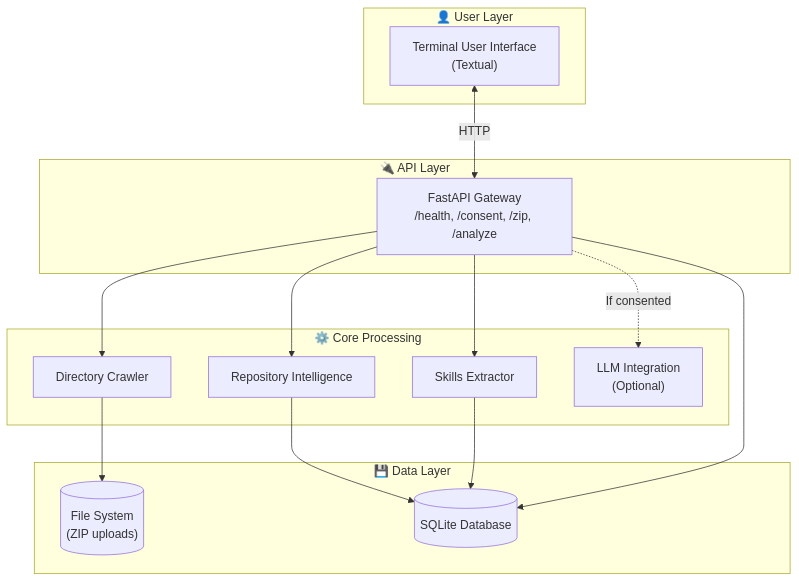
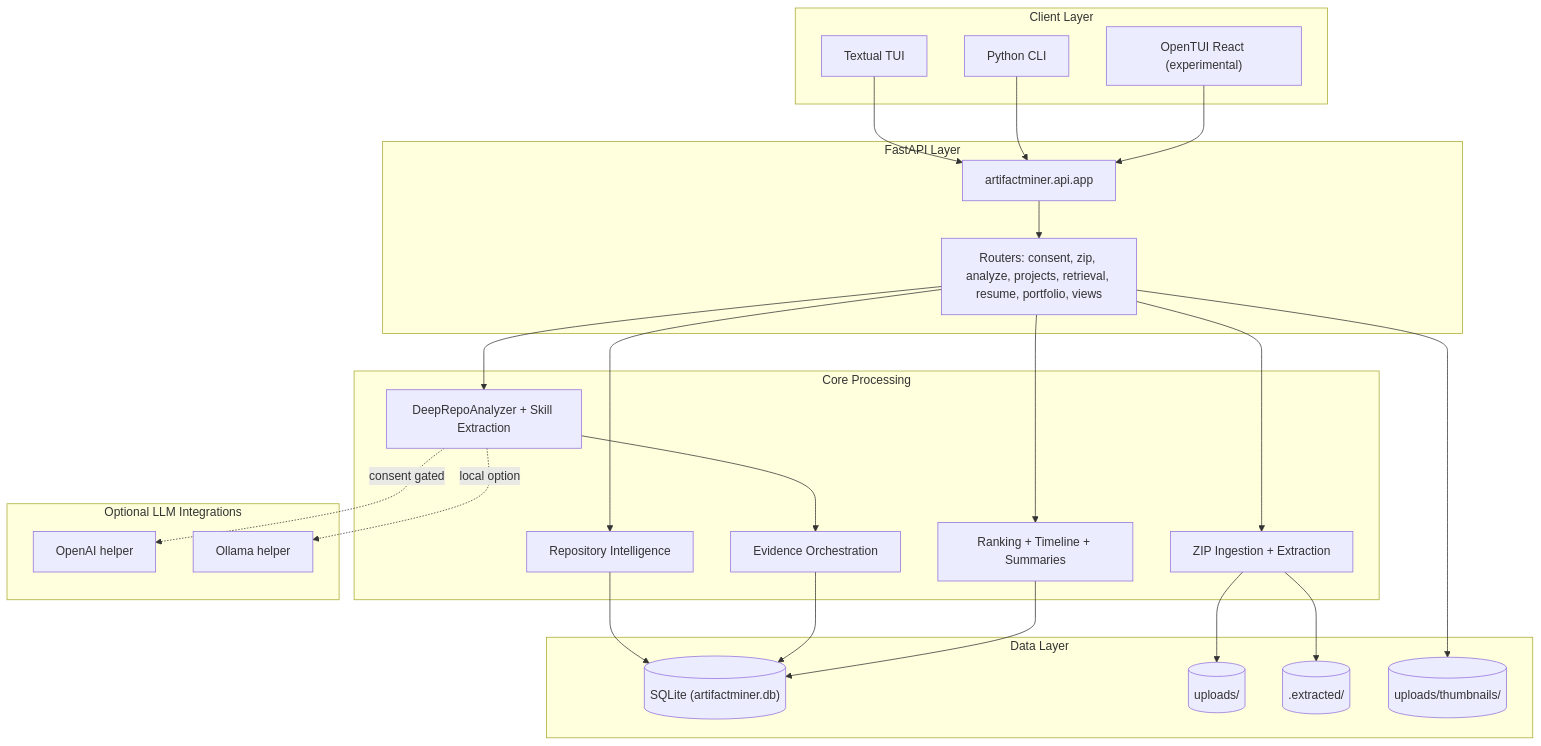
Before and after one commit to COSC-499-W2025/capstone-project-team-1: the first of 3 diagrams in README.md, drawn with Mermaid. The commit also changed other lines of this file, not shown here.

````diff
--- a/README.md
+++ b/README.md
@@ -21,32 +19,55 @@
 ```mermaid
 flowchart TB
-    subgraph User["👤 User Layer"]
-        TUI["Terminal User Interface<br/>(Textual)"]
+    subgraph Clients["Client Layer"]
+        TUI["Textual TUI"]
+        CLI["Python CLI"]
+        React["OpenTUI React (experimental)"]
     end
 
-    subgraph API["🔌 API Layer"]
-        FastAPI["FastAPI Gateway<br/>/health, /consent, /zip, /analyze"]
+    subgraph API["FastAPI Layer"]
+        Gateway["artifactminer.api.app"]
+        Routers["Routers: consent, zip, analyze, projects, retrieval, resume, portfolio, views"]
     end
 
-    subgraph Core["⚙️ Core Processing"]
-        Crawler["Directory Crawler"]
+    subgraph Core["Core Processing"]
+        Ingest["ZIP Ingestion + Extraction"]
         RepoIntel["Repository Intelligence"]
-        Skills["Skills Extractor"]
-        OpenAI["LLM Integration<br/>(Optional)"]
+        Skills["DeepRepoAnalyzer + Skill Extraction"]
+        Evidence["Evidence Orchestration"]
+        Ranking["Ranking + Timeline + Summaries"]
     end
 
-    subgraph Data["💾 Data Layer"]
-        SQLite[("SQLite Database")]
-        FileSystem[("File System<br/>(ZIP uploads)")]
+    subgraph Integrations["Optional LLM Integrations"]
+        OpenAI["OpenAI helper"]
+        Ollama["Ollama helper"]
     end
 
-    TUI <-->|HTTP| FastAPI
-    FastAPI --> Crawler
-    FastAPI --> RepoIntel
-    FastAPI --> Skills
-    FastAPI -.->|If consented| OpenAI
-    Crawler --> FileSystem
+    subgraph Data["Data Layer"]
+        SQLite[("SQLite (artifactminer.db)")]
+        Uploads[("uploads/")]
+        Extracted[(".extracted/")]
+        Thumbs[("uploads/thumbnails/")]
+    end
+
+    TUI --> Gateway
+    CLI --> Gateway
+    React --> Gateway
+    Gateway --> Routers
+
+    Routers --> Ingest
+    Ingest --> Uploads
+    Ingest --> Extracted
+
+    Routers --> RepoIntel
+    Routers --> Skills
+    Skills --> Evidence
+    Routers --> Ranking
+
     RepoIntel --> SQLite
-    Skills --> SQLite
-    FastAPI --> SQLite
+    Evidence --> SQLite
+    Ranking --> SQLite
+    Routers --> Thumbs
+
+    Skills -. consent gated .-> OpenAI
+    Skills -. local option .-> Ollama
 ```
````
